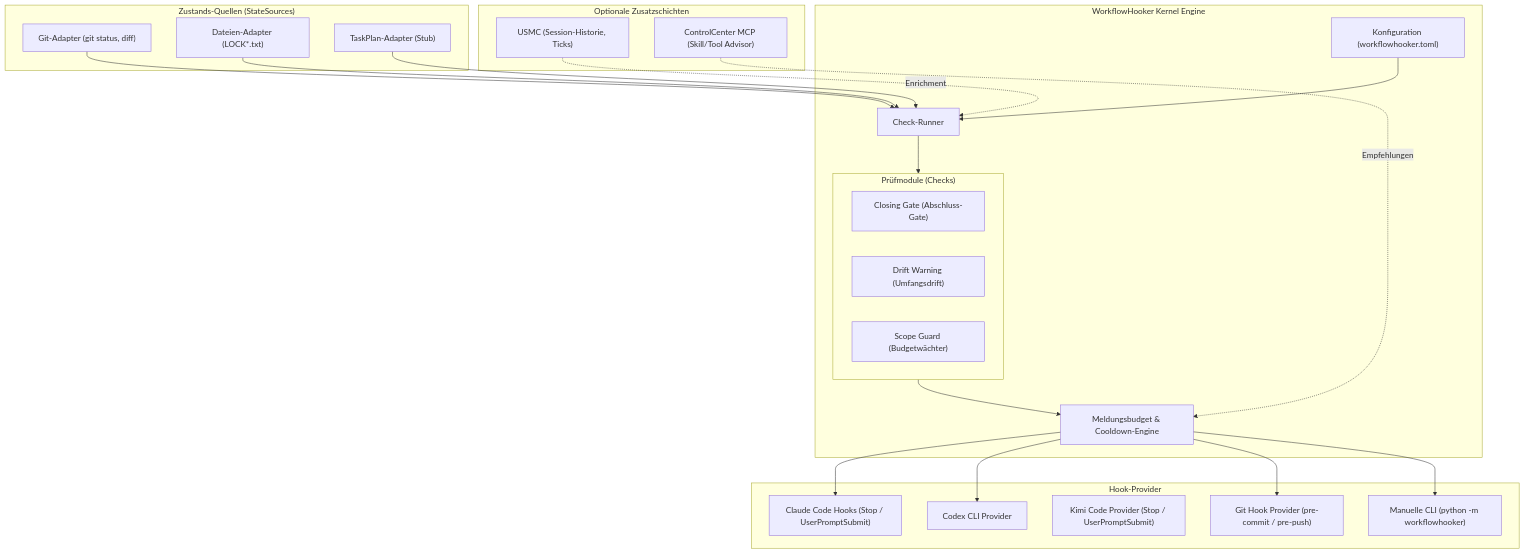
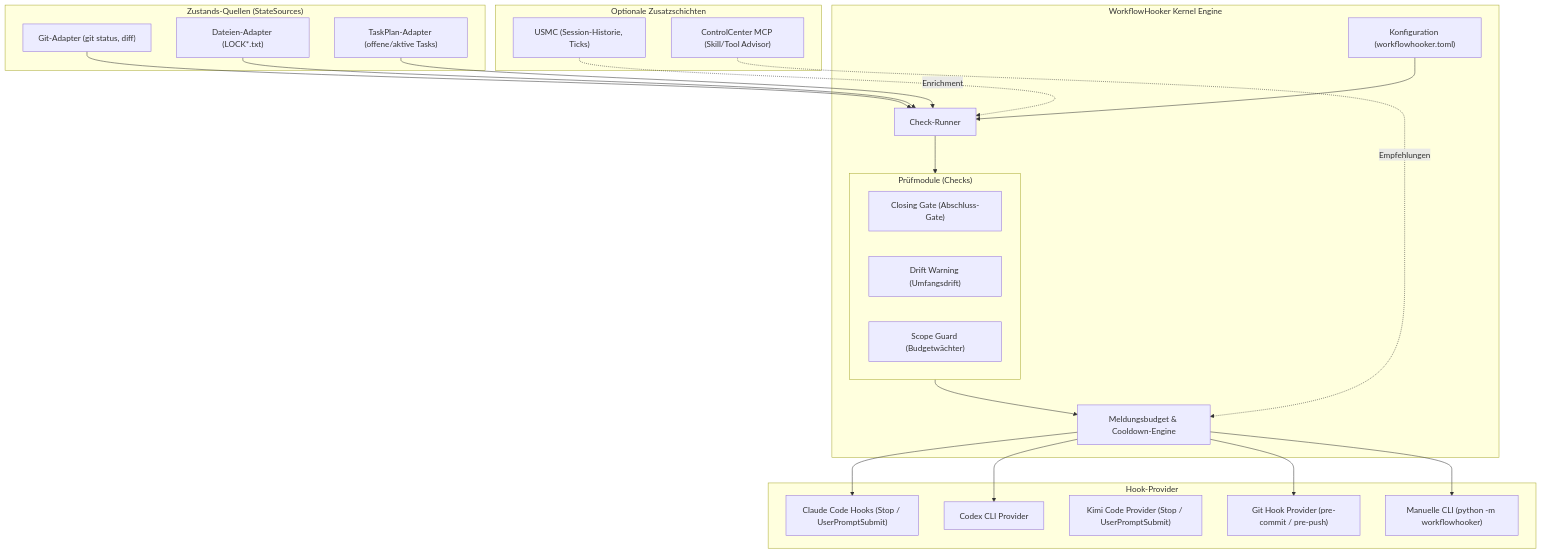
The diagram in README_de.md (ellmos-ai/WORKFLOWHOOKER), drawn with Mermaid before and after one commit. The commit also changed other lines of this file and 18 other files, not shown here.

````diff
--- a/README_de.md
+++ b/README_de.md
@@ -24,48 +24,48 @@
 ```mermaid
 graph TD
     subgraph StateSources ["Zustands-Quellen (StateSources)"]
         GitSource["Git-Adapter (git status, diff)"]
         FilesSource["Dateien-Adapter (LOCK*.txt)"]
-        TaskPlanSource["TaskPlan-Adapter (Stub)"]
+        TaskPlanSource["TaskPlan-Adapter (offene/aktive Tasks)"]
     end
 
     subgraph Core ["WorkflowHooker Kernel Engine"]
         Config["Konfiguration (workflowhooker.toml)"]
         CheckRunner["Check-Runner"]
         subgraph Checks ["Prüfmodule (Checks)"]
             ClosingGate["Closing Gate (Abschluss-Gate)"]
             DriftWarning["Drift Warning (Umfangsdrift)"]
             ScopeGuard["Scope Guard (Budgetwächter)"]
         end
         BudgetCooldown["Meldungsbudget & Cooldown-Engine"]
     end
 
     subgraph OptionalLayers ["Optionale Zusatzschichten"]
         USMC["USMC (Session-Historie, Ticks)"]
         ControlCenter["ControlCenter MCP (Skill/Tool Advisor)"]
     end
 
     subgraph HookProviders ["Hook-Provider"]
         ClaudeProvider["Claude Code Hooks (Stop / UserPromptSubmit)"]
         CodexProvider["Codex CLI Provider"]
         KimiProvider["Kimi Code Provider (Stop / UserPromptSubmit)"]
         GitHookProvider["Git Hook Provider (pre-commit / pre-push)"]
         CLIProvider["Manuelle CLI (python -m workflowhooker)"]
     end
 
     GitSource --> CheckRunner
     FilesSource --> CheckRunner
     TaskPlanSource --> CheckRunner
 
     Config --> CheckRunner
     CheckRunner --> Checks
     Checks --> BudgetCooldown
 
     USMC -.->|Enrichment| CheckRunner
     ControlCenter -.->|Empfehlungen| BudgetCooldown
 
     BudgetCooldown --> ClaudeProvider
     BudgetCooldown --> CodexProvider
     BudgetCooldown --> GitHookProvider
     BudgetCooldown --> CLIProvider
 ```
````
